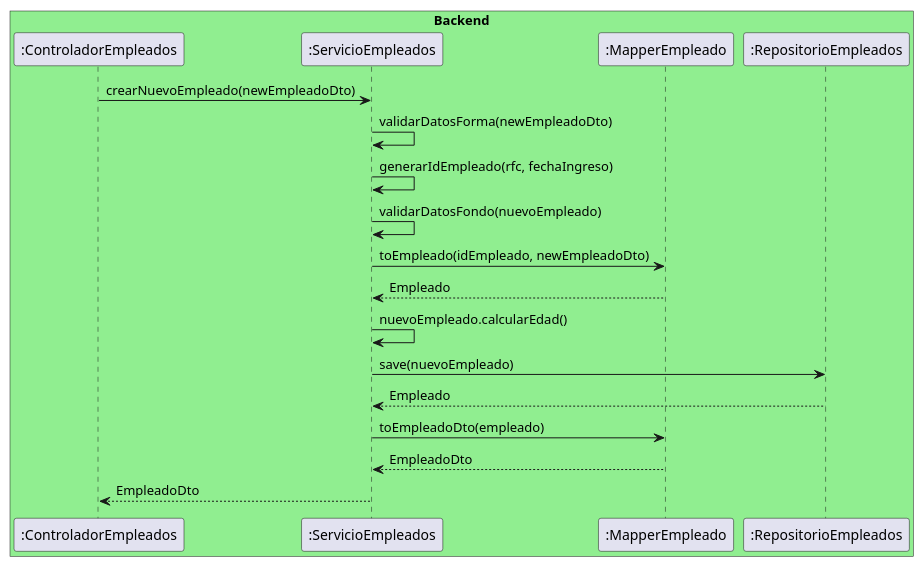
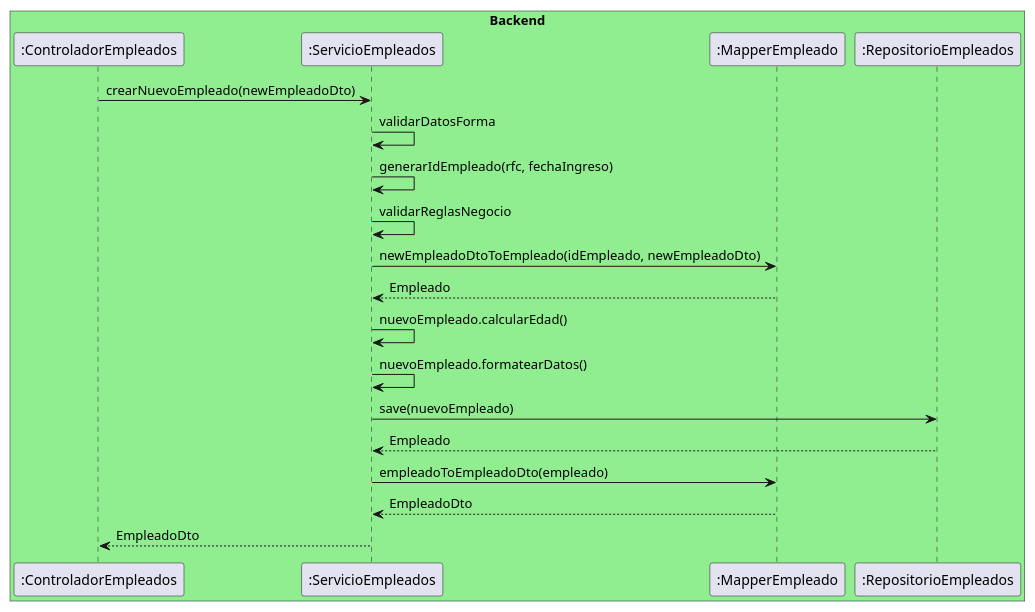
One commit to migueGO98/ProyectoSID changed the diagram in docs/diagramasSecuencia/backend/HU-01.puml. Above: the diagram before and after it, drawn with PlantUML. The commit also changed 12 other files, not shown here.

```diff
--- a/docs/diagramasSecuencia/backend/HU-01.puml
+++ b/docs/diagramasSecuencia/backend/HU-01.puml
@@ -1,23 +1,24 @@
 @startuml
 'https://plantuml.com/sequence-diagram
 
 box "Backend" #LightGreen
     participant ":ControladorEmpleados" as controller
     participant ":ServicioEmpleados" as service
     participant ":MapperEmpleado" as mapper
     participant ":RepositorioEmpleados" as repository
 end box
 
 controller -> service: crearNuevoEmpleado(newEmpleadoDto)
-service -> service: validarDatosForma(newEmpleadoDto)
+service -> service: validarDatosForma
 service -> service: generarIdEmpleado(rfc, fechaIngreso)
-service -> service: validarDatosFondo(nuevoEmpleado)
-service -> mapper: toEmpleado(idEmpleado, newEmpleadoDto)
+service -> service: validarReglasNegocio
+service -> mapper: newEmpleadoDtoToEmpleado(idEmpleado, newEmpleadoDto)
 mapper --> service: Empleado
 service -> service: nuevoEmpleado.calcularEdad()
+service -> service: nuevoEmpleado.formatearDatos()
 service -> repository: save(nuevoEmpleado)
 repository --> service: Empleado
-service -> mapper: toEmpleadoDto(empleado)
+service -> mapper: empleadoToEmpleadoDto(empleado)
 mapper --> service: EmpleadoDto
 service --> controller: EmpleadoDto
 @enduml
```
